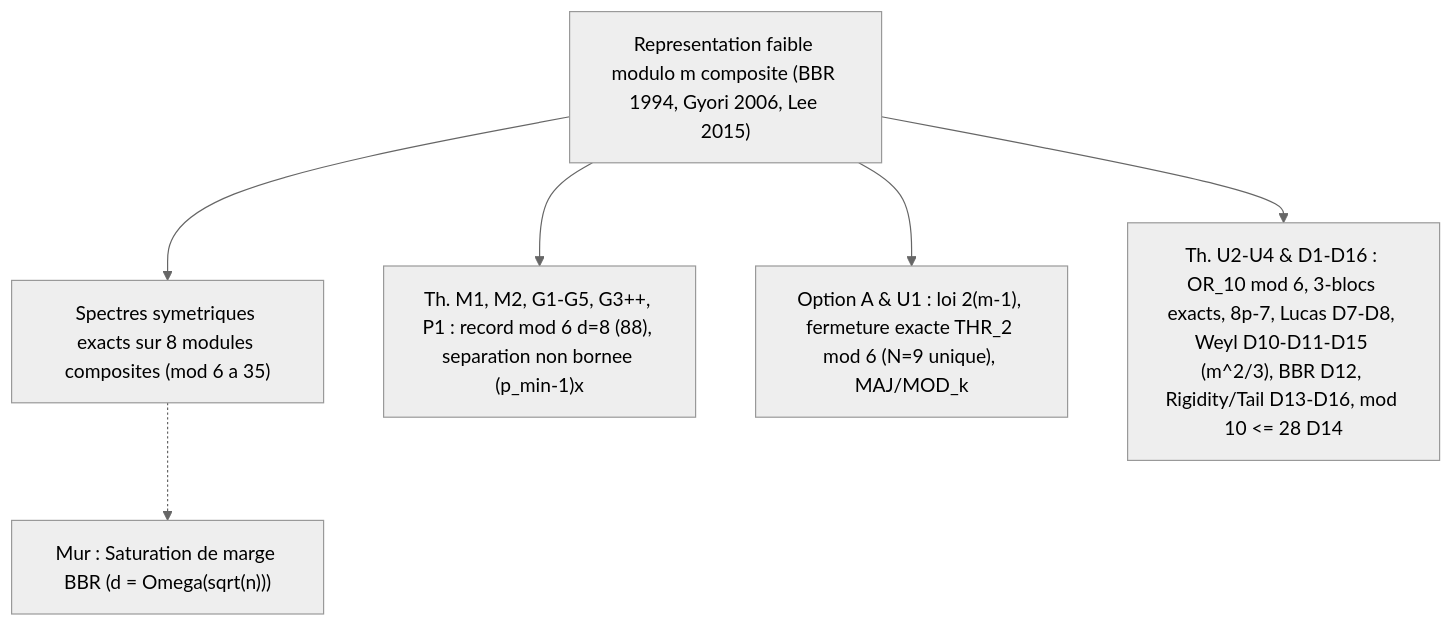
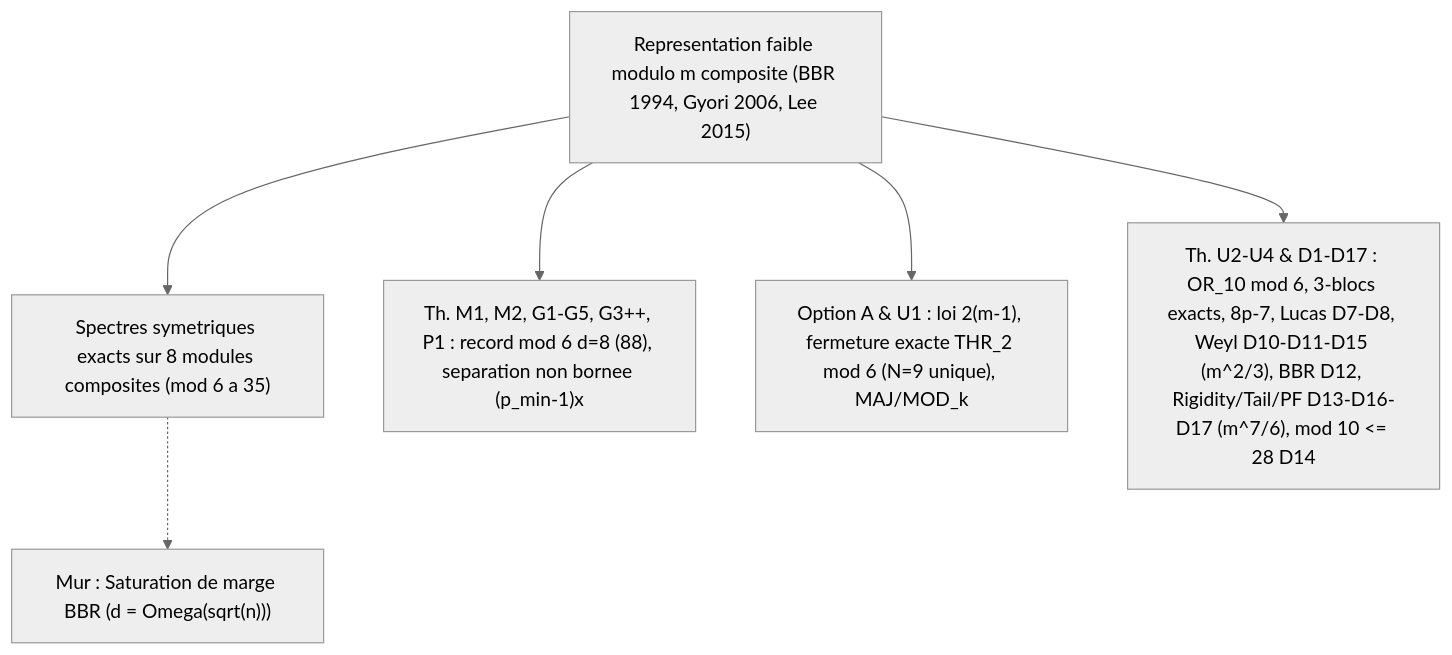
The diagram in axe2_mod_composite_polynomials/RAPPORT.md (Axel-Bouchery/P-NP), drawn with Mermaid (neutral theme) before and after one commit. The commit also changed other lines of this file and 10 other files, not shown here.

````diff
--- a/axe2_mod_composite_polynomials/RAPPORT.md
+++ b/axe2_mod_composite_polynomials/RAPPORT.md
@@ -59,9 +59,9 @@
 ```mermaid
 flowchart TD
     Root["Representation faible modulo m composite (BBR 1994, Gyori 2006, Lee 2015)"]
     Root --> A2a["Spectres symetriques exacts sur 8 modules composites (mod 6 a 35)"]
     Root --> A2b["Th. M1, M2, G1-G5, G3++, P1 : record mod 6 d=8 (88), separation non bornee (p_min-1)x"]
     Root --> A2c["Option A & U1 : loi 2(m-1), fermeture exacte THR_2 mod 6 (N=9 unique), MAJ/MOD_k"]
-    Root --> A2d["Th. U2-U4 & D1-D16 : OR_10 mod 6, 3-blocs exacts, 8p-7, Lucas D7-D8, Weyl D10-D11-D15 (m^2/3), BBR D12, Rigidity/Tail D13-D16, mod 10 <= 28 D14"]
+    Root --> A2d["Th. U2-U4 & D1-D17 : OR_10 mod 6, 3-blocs exacts, 8p-7, Lucas D7-D8, Weyl D10-D11-D15 (m^2/3), BBR D12, Rigidity/Tail/PF D13-D16-D17 (m^7/6), mod 10 <= 28 D14"]
     A2a -.-> M3["Mur : Saturation de marge BBR (d = Omega(sqrt(n)))"]
 ```
````
